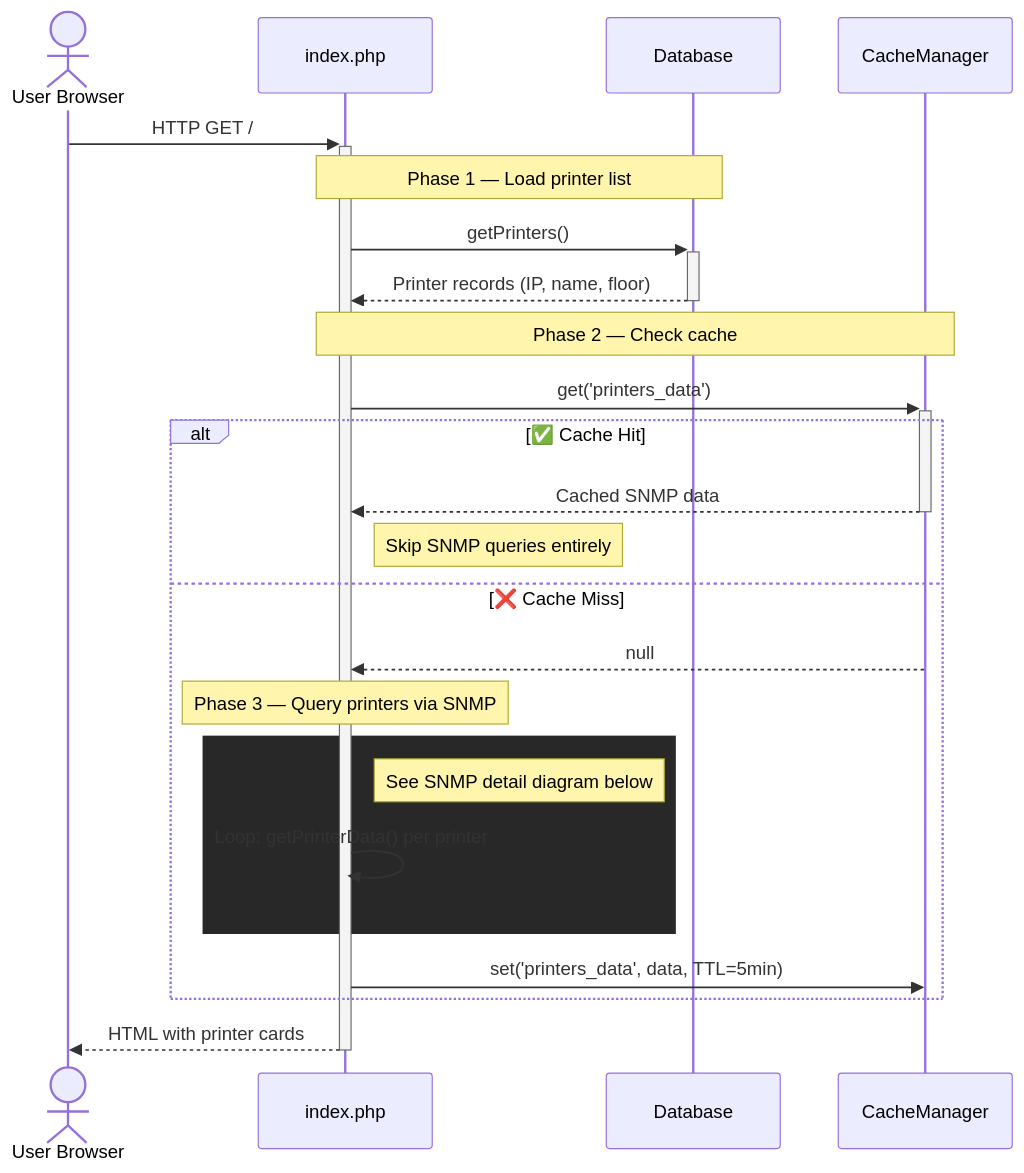
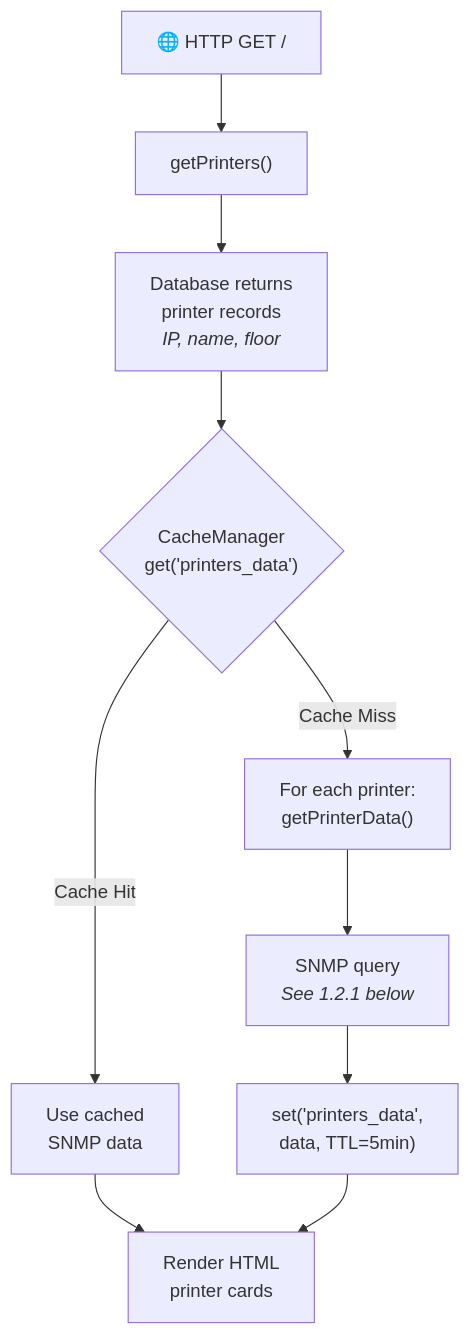
One commit to Silorak/S-printer changed the second of 5 diagrams in architecture.md. Above: the diagram before and after it, drawn with Mermaid. The commit also changed other lines of this file, not shown here.

````diff
--- a/architecture.md
+++ b/architecture.md
@@ -59,31 +59,15 @@
 ```mermaid
-sequenceDiagram
-    actor U as User Browser
-    participant I as index.php
-    participant D as Database
-    participant C as CacheManager
+graph TD
+    A["🌐 HTTP GET /"] --> B["getPrinters()"]
+    B --> C["Database returns<br/>printer records<br/><i>IP, name, floor</i>"]
+    C --> D{"CacheManager<br/>get('printers_data')"}
 
-    U->>+I: HTTP GET /
+    D -->|"Cache Hit"| E["Use cached<br/>SNMP data"]
+    D -->|"Cache Miss"| F["For each printer:<br/>getPrinterData()"]
 
-    Note over I,D: Phase 1 — Load printer list
-    I->>+D: getPrinters()
-    D-->>-I: Printer records (IP, name, floor)
+    F --> G["SNMP query<br/><i>See 1.2.1 below</i>"]
+    G --> H["set('printers_data',<br/>data, TTL=5min)"]
 
-    Note over I,C: Phase 2 — Check cache
-    I->>+C: get('printers_data')
-
-    alt ✅ Cache Hit
-        C-->>-I: Cached SNMP data
-        Note right of I: Skip SNMP queries entirely
-    else ❌ Cache Miss
-        C-->>I: null
-        Note over I: Phase 3 — Query printers via SNMP
-        rect rgb(40, 40, 40)
-            Note right of I: See SNMP detail diagram below
-            I->>I: Loop: getPrinterData() per printer
-        end
-        I->>C: set('printers_data', data, TTL=5min)
-    end
-
-    I-->>-U: HTML with printer cards
+    E --> I["Render HTML<br/>printer cards"]
+    H --> I
 ```
````
